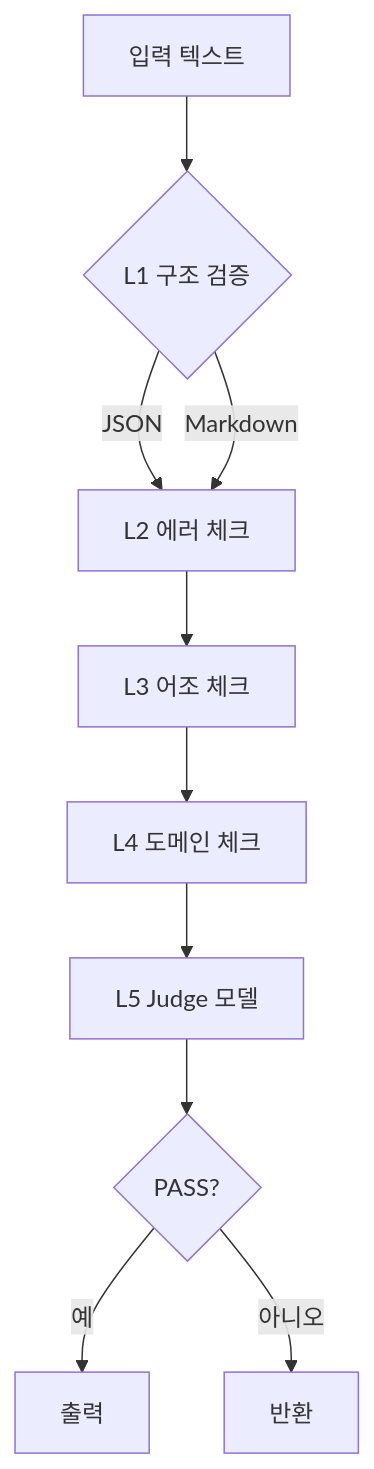
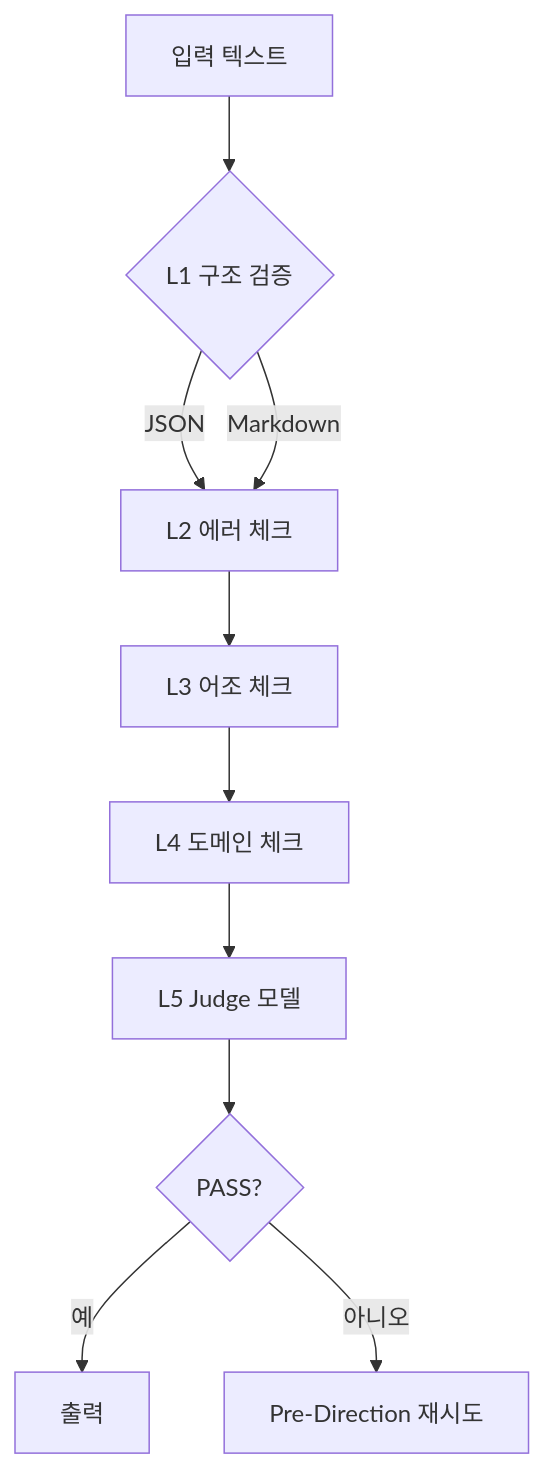
Before and after one commit to pheanor-agent/p-hermes: the second of 3 diagrams in docs/wiki/guides/content-system.md, drawn with Mermaid. The commit also changed other lines of this file and 11 other files, not shown here.

````diff
--- a/docs/wiki/guides/content-system.md
+++ b/docs/wiki/guides/content-system.md
@@ -193,12 +209,12 @@
 ```mermaid
 flowchart TD
     A[입력 텍스트] --> B{L1 구조 검증}
     B -->|JSON| C[L2 에러 체크]
     B -->|Markdown| C
     C --> D[L3 어조 체크]
     D --> E[L4 도메인 체크]
     E --> F[L5 Judge 모델]
     F --> G{PASS?}
     G -->|예| H[출력]
-    G -->|아니오| I[반환]
+    G -->|아니오| I[Pre-Direction 재시도]
 ```
````
